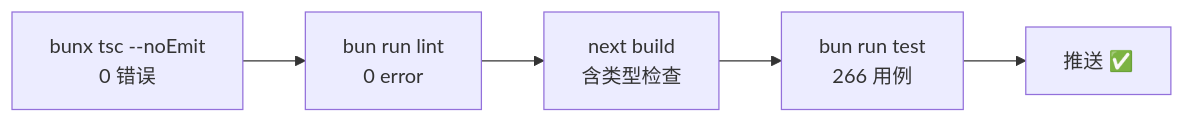
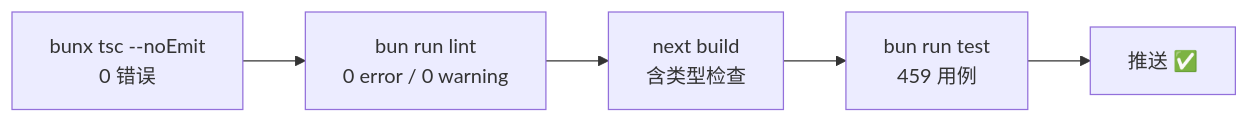
The diagram in docs/developer/07-testing-quality.md (YYC-Cube/YYC3-Baby-MoYu), drawn with Mermaid before and after one commit. The commit also changed other lines of this file and 37 other files, not shown here.

First line of the commit message:
fix(lint,test): lint 债务 58 条清零，refresh 路由覆盖率至 100%

````diff
--- a/docs/developer/07-testing-quality.md
+++ b/docs/developer/07-testing-quality.md
@@ -5,4 +5,4 @@
 ```mermaid
 flowchart LR
-    T["bunx tsc --noEmit<br/>0 错误"] --> L["bun run lint<br/>0 error"] --> B["next build<br/>含类型检查"] --> U["bun run test<br/>266 用例"] --> P["推送 ✅"]
+    T["bunx tsc --noEmit<br/>0 错误"] --> L["bun run lint<br/>0 error / 0 warning"] --> B["next build<br/>含类型检查"] --> U["bun run test<br/>459 用例"] --> P["推送 ✅"]
 ```
````
